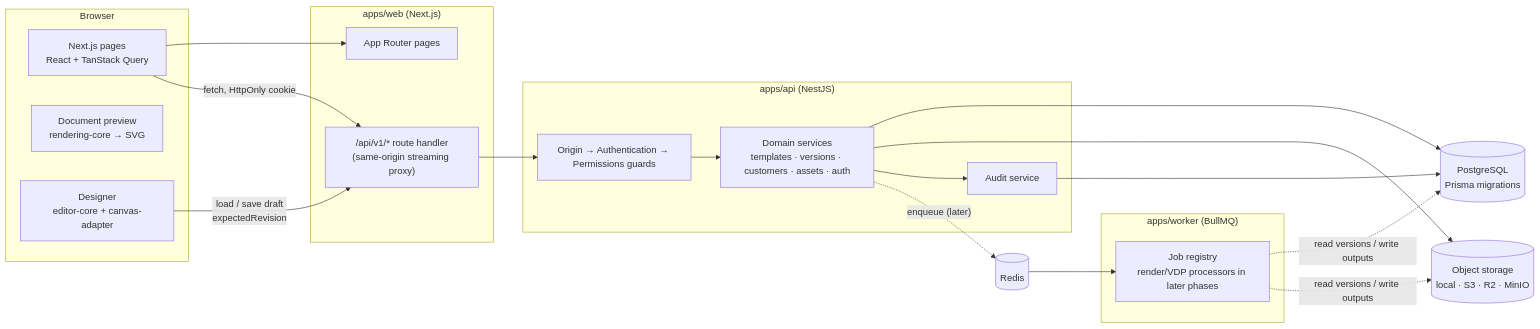
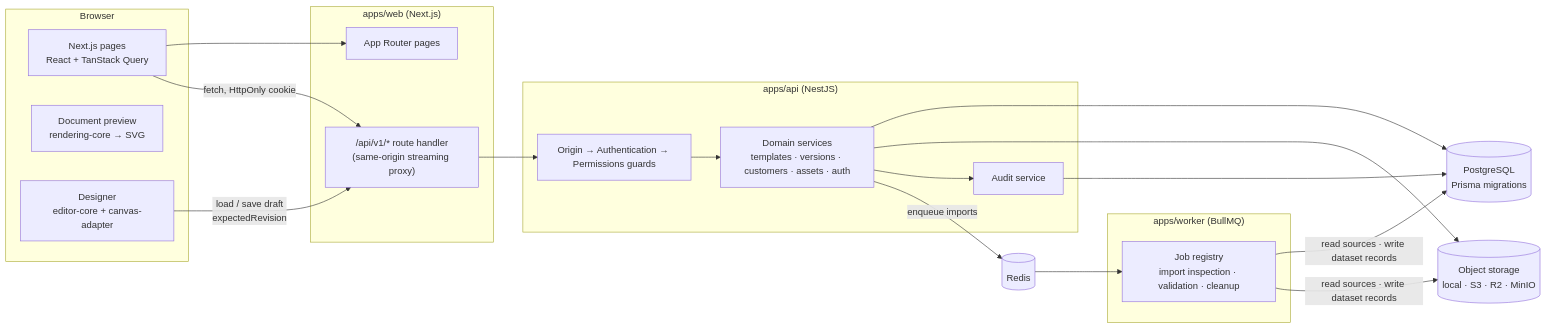
One commit to shuvo1s/SmartTag changed the first of 2 diagrams in docs/architecture.md. Above: the diagram before and after it, drawn with Mermaid. The commit also changed other lines of this file and 11 other files, not shown here.

````diff
--- a/docs/architecture.md
+++ b/docs/architecture.md
@@ -13,36 +13,36 @@
 ```mermaid
 flowchart LR
   subgraph Browser
     UI[Next.js pages<br/>React + TanStack Query]
     Preview[Document preview<br/>rendering-core → SVG]
     Designer[Designer<br/>editor-core + canvas-adapter]
   end
 
   subgraph "apps/web (Next.js)"
     Pages[App Router pages]
     Proxy["/api/v1/* route handler<br/>(same-origin streaming proxy)"]
   end
 
   subgraph "apps/api (NestJS)"
     Guards[Origin → Authentication → Permissions guards]
     Services[Domain services<br/>templates · versions · customers · assets · auth]
     Audit[Audit service]
   end
 
   subgraph "apps/worker (BullMQ)"
-    Jobs[Job registry<br/>render/VDP processors in later phases]
+    Jobs[Job registry<br/>import inspection · validation · cleanup]
   end
 
   DB[(PostgreSQL<br/>Prisma migrations)]
   Store[(Object storage<br/>local · S3 · R2 · MinIO)]
   Redis[(Redis)]
 
   UI --> Pages
   Designer -->|load / save draft<br/>expectedRevision| Proxy
   UI -->|fetch, HttpOnly cookie| Proxy --> Guards --> Services
   Services --> DB
   Services --> Store
   Services --> Audit --> DB
-  Services -. enqueue (later) .-> Redis --> Jobs
-  Jobs -. read versions / write outputs .-> DB & Store
+  Services -- enqueue imports --> Redis --> Jobs
+  Jobs -- read sources · write dataset records --> DB & Store
 ```
````
